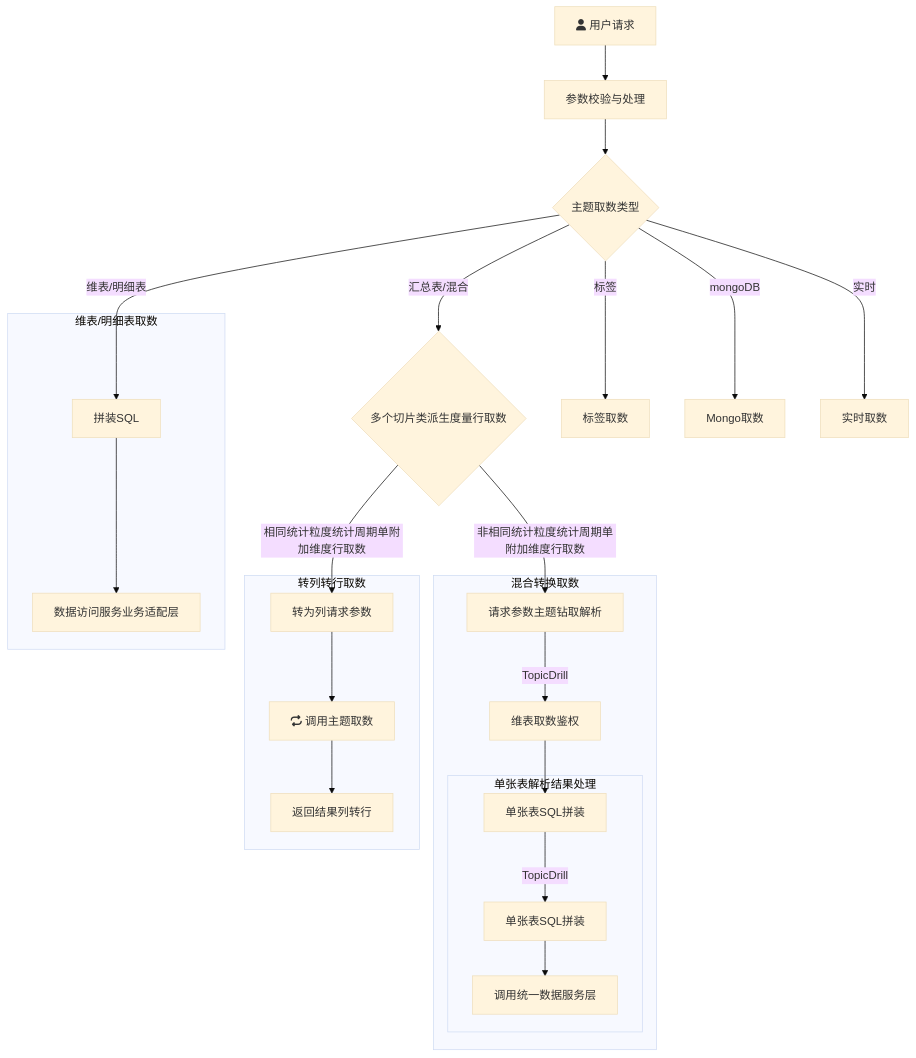
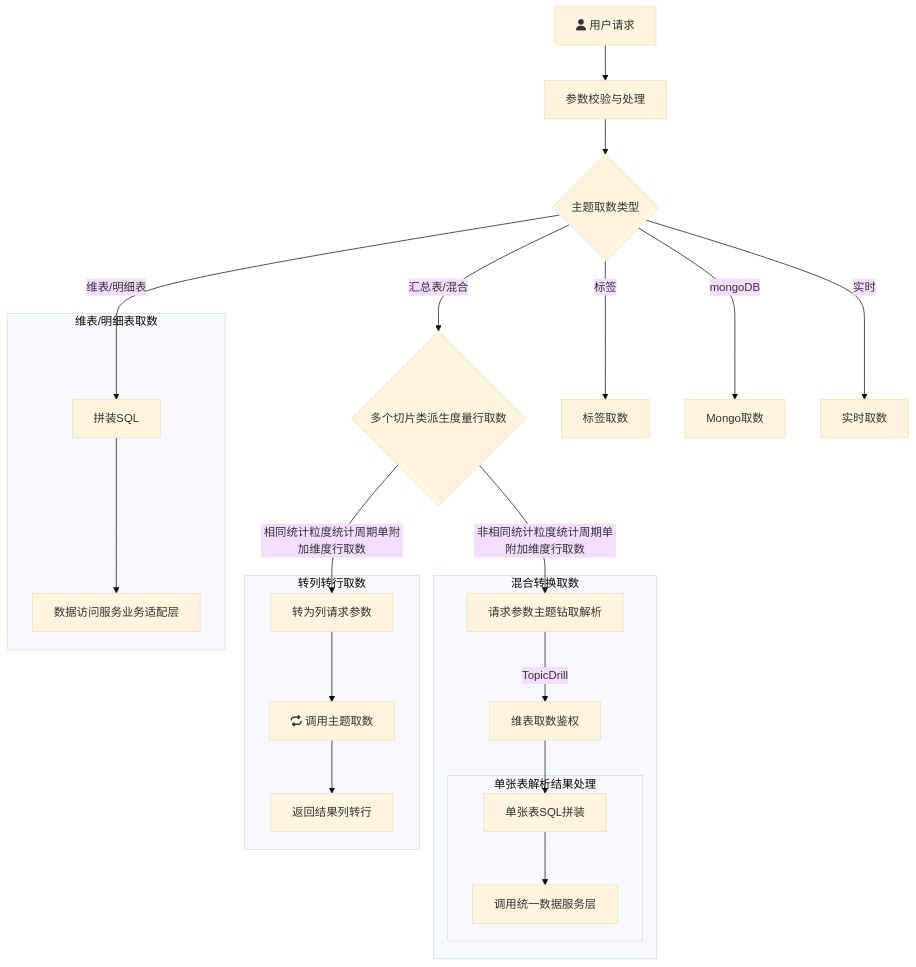
One commit to yanglosm/iodraw-files changed the diagram in all/未命名.md. Above: the diagram before and after it, drawn with Mermaid (base theme).

Commit message:
2024-11-29 18:48:19 update

````diff
--- a/all/未命名.md
+++ b/all/未命名.md
@@ -1,23 +1,23 @@
 ```mermaid
 flowchart TD
     A[fa:fa-user 用户请求] -->A1[参数校验与处理] --> B{主题取数类型}
     B -->|维表/明细表| D[拼装SQL]
     B -->|汇总表/混合| E{多个切片类派生度量行取数}
     B -->|标签| F[标签取数]
     B -->|mongoDB| G[Mongo取数]
     B -->|实时| H[实时取数]
     E -->|相同统计粒度统计周期单附加维度行取数| E1[转为列请求参数]
     E -->|非相同统计粒度统计周期单附加维度行取数| T1[请求参数主题钻取解析]
     subgraph 维表/明细表取数
     D-->D1[数据访问服务业务适配层]
     end
     subgraph 转列转行取数
     E1-->E11[fa:fa-repeat 调用主题取数]-->E12[返回结果列转行]
     end
     subgraph 混合转换取数
-    T1-->|TopicDrill| T2[维表取数鉴权] --> T3[单张表SQL拼装]
+    T1-->|TopicDrill| T2[维表取数鉴权] --> T31[单张表SQL拼装]
         subgraph 单张表解析结果处理
-        T3-->|TopicDrill| T31[单张表SQL拼装] --> T32[调用统一数据服务层]
+        T31 --> T32[调用统一数据服务层]
         end
     end
 ```
````
